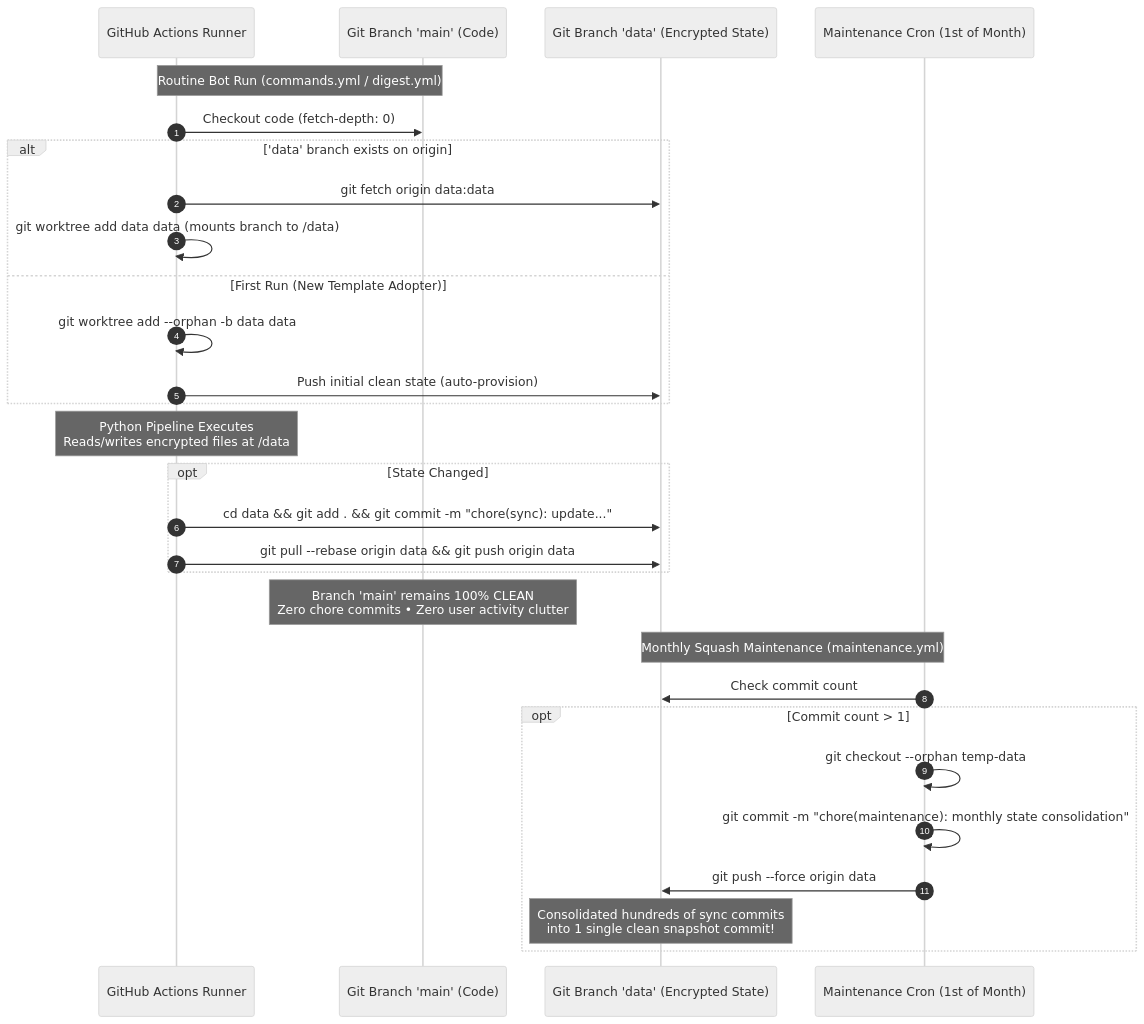
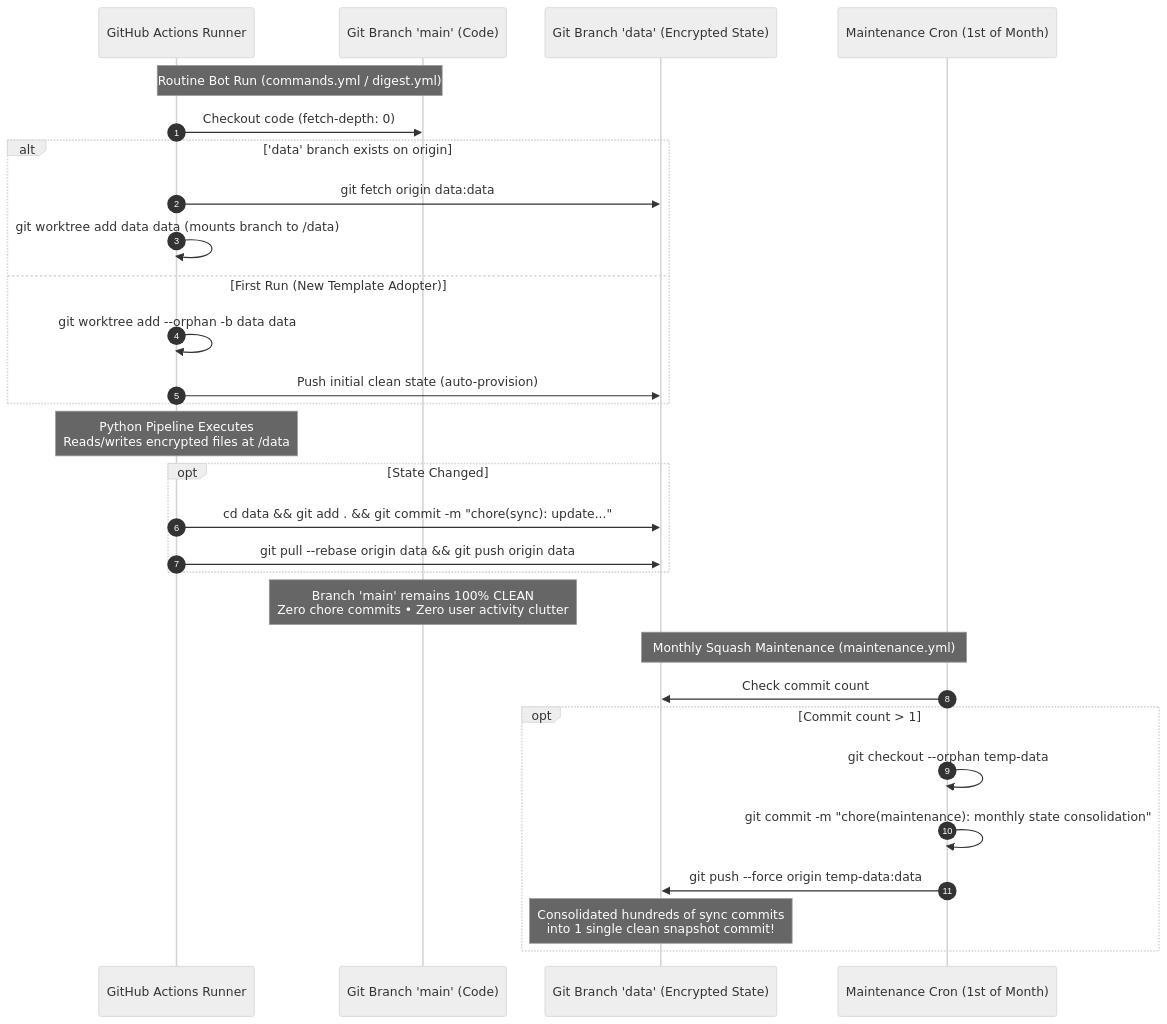
Before and after one commit to joydeepd900/RemNewz: the seventh of 7 diagrams in docs/structures.md, drawn with Mermaid (neutral theme). The commit also changed other lines of this file and 5 other files, not shown here.

````diff
--- a/docs/structures.md
+++ b/docs/structures.md
@@ -364,35 +364,35 @@
 ```mermaid
 sequenceDiagram
     autonumber
     participant Runner as GitHub Actions Runner
     participant Main as Git Branch 'main' (Code)
     participant Data as Git Branch 'data' (Encrypted State)
     participant Maint as Maintenance Cron (1st of Month)
 
     Note over Runner, Main: Routine Bot Run (commands.yml / digest.yml)
     Runner->>Main: Checkout code (fetch-depth: 0)
     alt 'data' branch exists on origin
         Runner->>Data: git fetch origin data:data
         Runner->>Runner: git worktree add data data (mounts branch to /data)
     else First Run (New Template Adopter)
         Runner->>Runner: git worktree add --orphan -b data data
         Runner->>Data: Push initial clean state (auto-provision)
     end
 
     Note over Runner: Python Pipeline Executes<br/>Reads/writes encrypted files at /data
 
     opt State Changed
         Runner->>Data: cd data && git add . && git commit -m "chore(sync): update..."
         Runner->>Data: git pull --rebase origin data && git push origin data
     end
     Note over Main: Branch 'main' remains 100% CLEAN<br/>Zero chore commits • Zero user activity clutter
 
     Note over Maint, Data: Monthly Squash Maintenance (maintenance.yml)
     Maint->>Data: Check commit count
     opt Commit count > 1
         Maint->>Maint: git checkout --orphan temp-data
         Maint->>Maint: git commit -m "chore(maintenance): monthly state consolidation"
-        Maint->>Data: git push --force origin data
+        Maint->>Data: git push --force origin temp-data:data
         Note over Data: Consolidated hundreds of sync commits<br/>into 1 single clean snapshot commit!
     end
 ```
````
